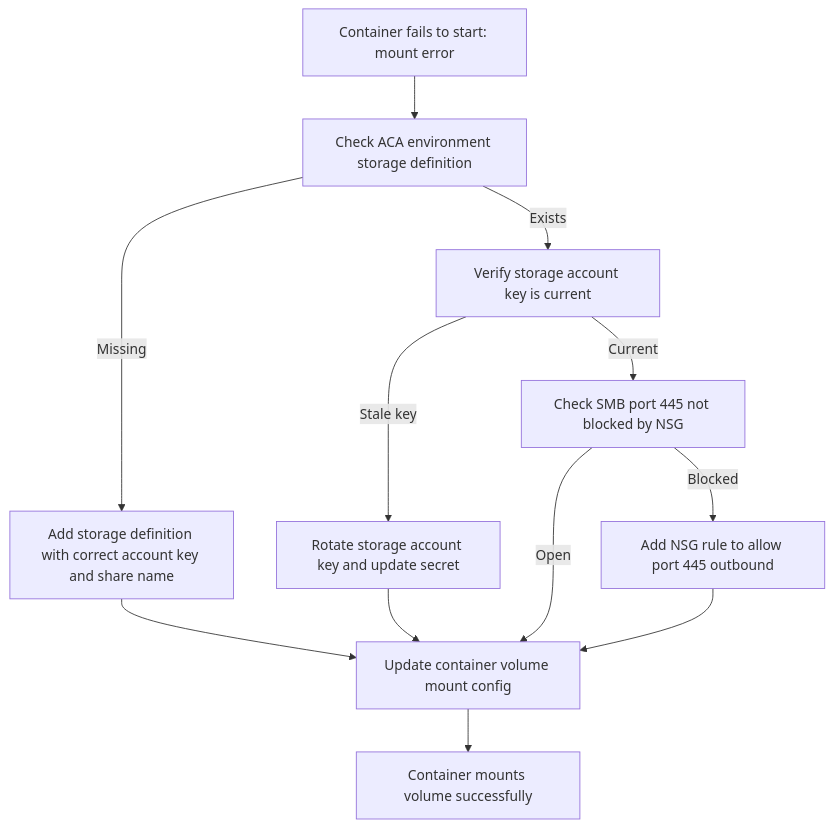
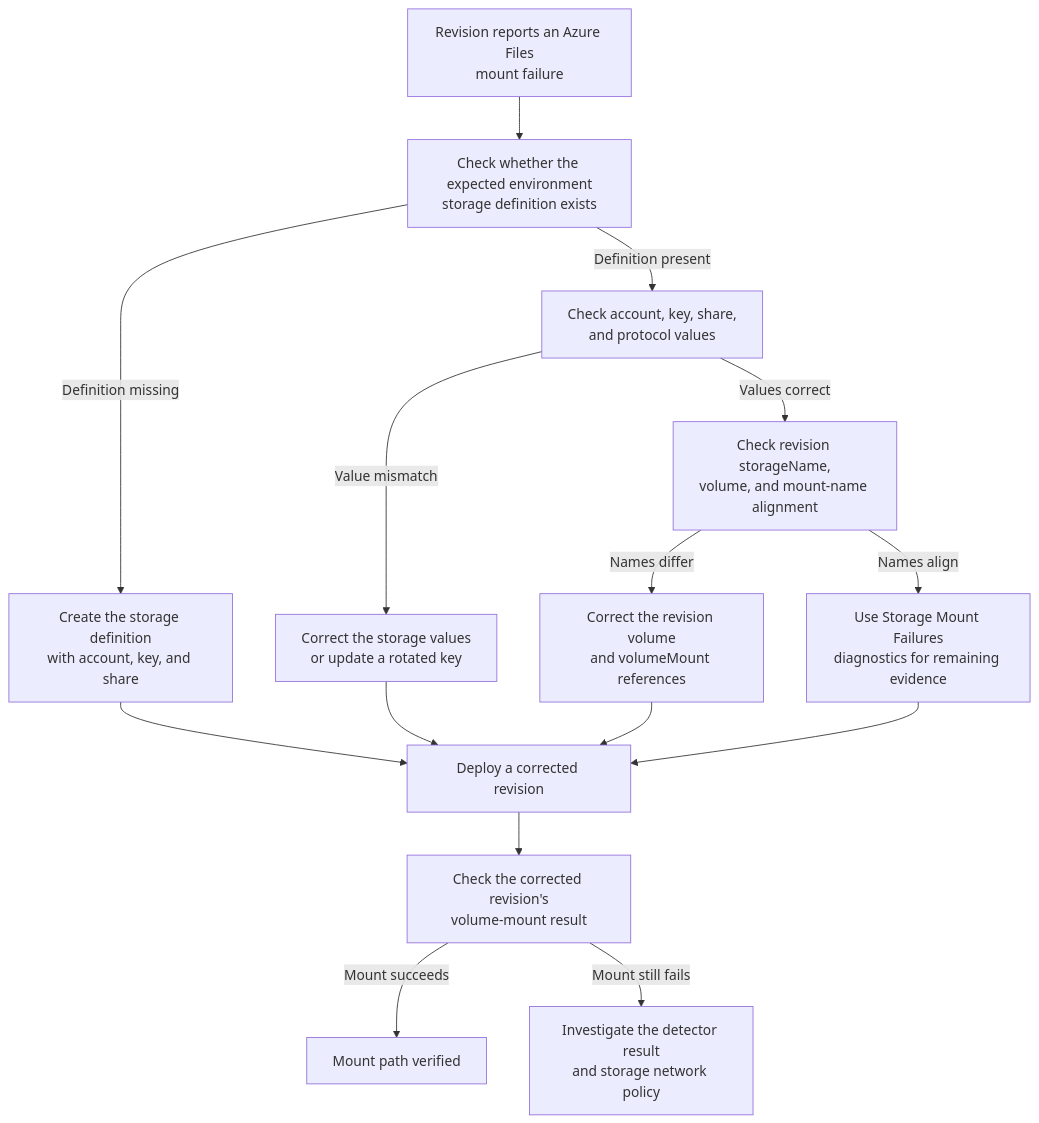
One commit to yeongseon/azure-container-apps-practical-guide changed the diagram in docs/troubleshooting/playbooks/storage-and-volumes/azure-files-mount-failure.md. Above: the diagram before and after it, drawn with Mermaid. The commit also changed other lines of this file, not shown here.

Commit message:
docs(diagrams): migrate Azure Files mount flow

````diff
--- a/docs/troubleshooting/playbooks/storage-and-volumes/azure-files-mount-failure.md
+++ b/docs/troubleshooting/playbooks/storage-and-volumes/azure-files-mount-failure.md
@@ -29,14 +32,33 @@
 ```mermaid
 flowchart TD
-    A[Container fails to start: mount error] --> B[Check ACA environment storage definition]
-    B -->|Missing| C[Add storage definition with correct account key and share name]
-    B -->|Exists| D[Verify storage account key is current]
-    C --> E[Update container volume mount config]
-    D -->|Stale key| F[Rotate storage account key and update secret]
-    D -->|Current| G[Check SMB port 445 not blocked by NSG]
-    F --> E
-    G -->|Blocked| H[Add NSG rule to allow port 445 outbound]
-    G -->|Open| E
-    H --> E
-    E --> I[Container mounts volume successfully]
+    accTitle: Diagnose an Azure Files mount failure
+    accDescr: Verify the environment storage definition, credential and share values, revision volume references, and platform storage evidence before redeploying a corrected mount.
+
+    START[Revision reports an Azure Files<br/>mount failure]
+    ENV[Check whether the expected environment<br/>storage definition exists]
+    CREATE[Create the storage definition<br/>with account, key, and share]
+    VALUES[Check account, key, share,<br/>and protocol values]
+    CREDENTIALS[Correct the storage values<br/>or update a rotated key]
+    REFERENCES[Check revision storageName,<br/>volume, and mount-name alignment]
+    YAML[Correct the revision volume<br/>and volumeMount references]
+    DETECTOR[Use Storage Mount Failures<br/>diagnostics for remaining evidence]
+    REDEPLOY[Deploy a corrected revision]
+    MOUNTED[Check the corrected revision's<br/>volume-mount result]
+    DONE[Mount path verified]
+    CONTINUE[Investigate the detector result<br/>and storage network policy]
+
+    START --> ENV
+    ENV -->|Definition missing| CREATE
+    ENV -->|Definition present| VALUES
+    VALUES -->|Value mismatch| CREDENTIALS
+    VALUES -->|Values correct| REFERENCES
+    REFERENCES -->|Names differ| YAML
+    REFERENCES -->|Names align| DETECTOR
+    CREATE --> REDEPLOY
+    CREDENTIALS --> REDEPLOY
+    YAML --> REDEPLOY
+    DETECTOR --> REDEPLOY
+    REDEPLOY --> MOUNTED
+    MOUNTED -->|Mount succeeds| DONE
+    MOUNTED -->|Mount still fails| CONTINUE
 ```
````
